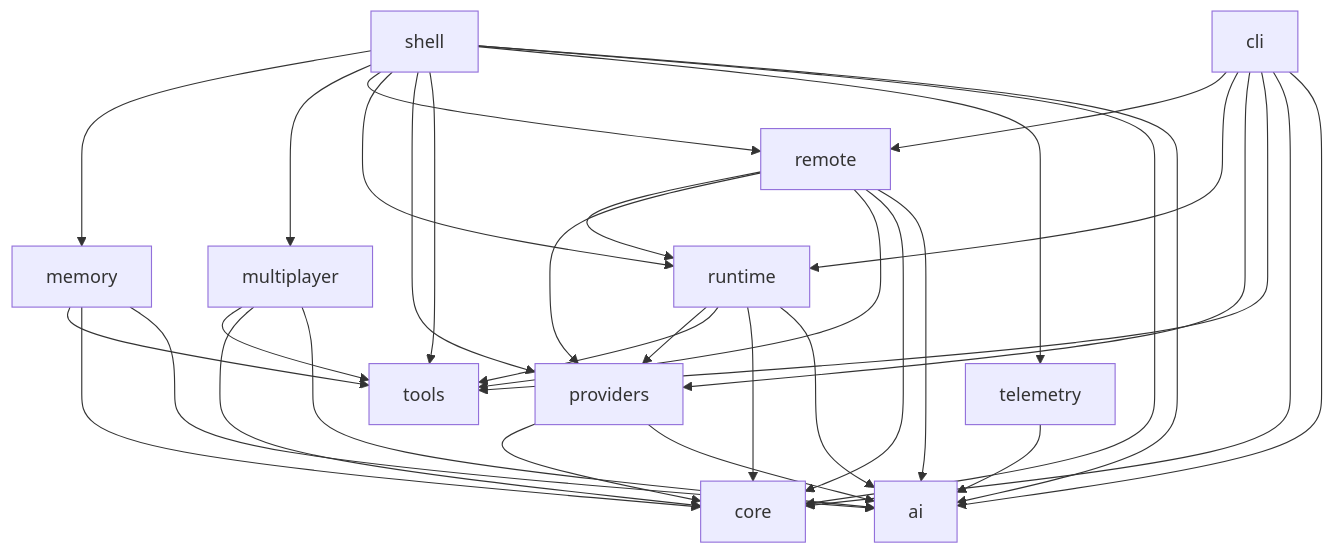
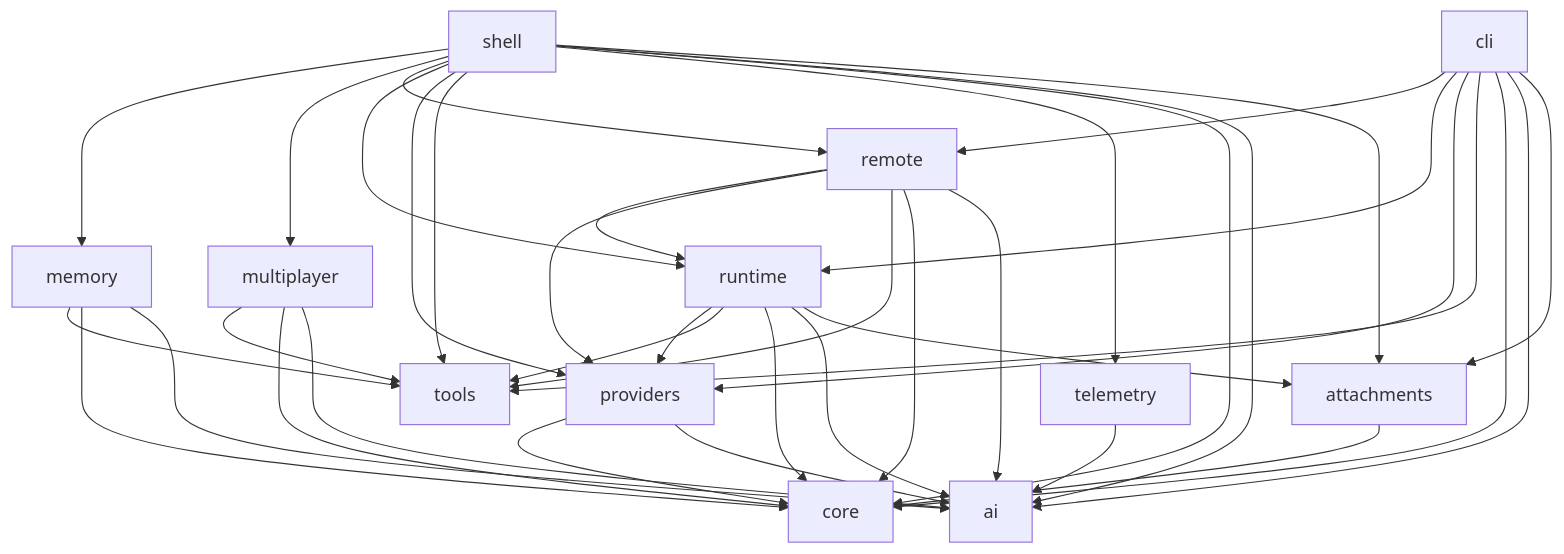
The diagram in docs/architecture.md (v3dqnt/Vivianne-Rust), drawn with Mermaid before and after one commit. The commit also changed other lines of this file and 52 other files, not shown here.

````diff
--- a/docs/architecture.md
+++ b/docs/architecture.md
@@ -34,14 +35,15 @@
 ```mermaid
 graph TD
-  shell --> memory & multiplayer & remote & runtime & providers & tools & telemetry & core & ai
-  cli --> remote & runtime & providers & tools & core & ai
+  shell --> memory & multiplayer & remote & runtime & providers & tools & telemetry & core & ai & attachments
+  cli --> remote & runtime & providers & tools & core & ai & attachments
   remote --> runtime & providers & tools & core & ai
   memory --> tools & core & ai
   multiplayer --> tools & core & ai
-  runtime --> providers & tools & core & ai
+  runtime --> providers & tools & core & ai & attachments
+  attachments --> core
   providers --> core & ai
   telemetry --> ai
   tools
   core
   ai
 ```
````
